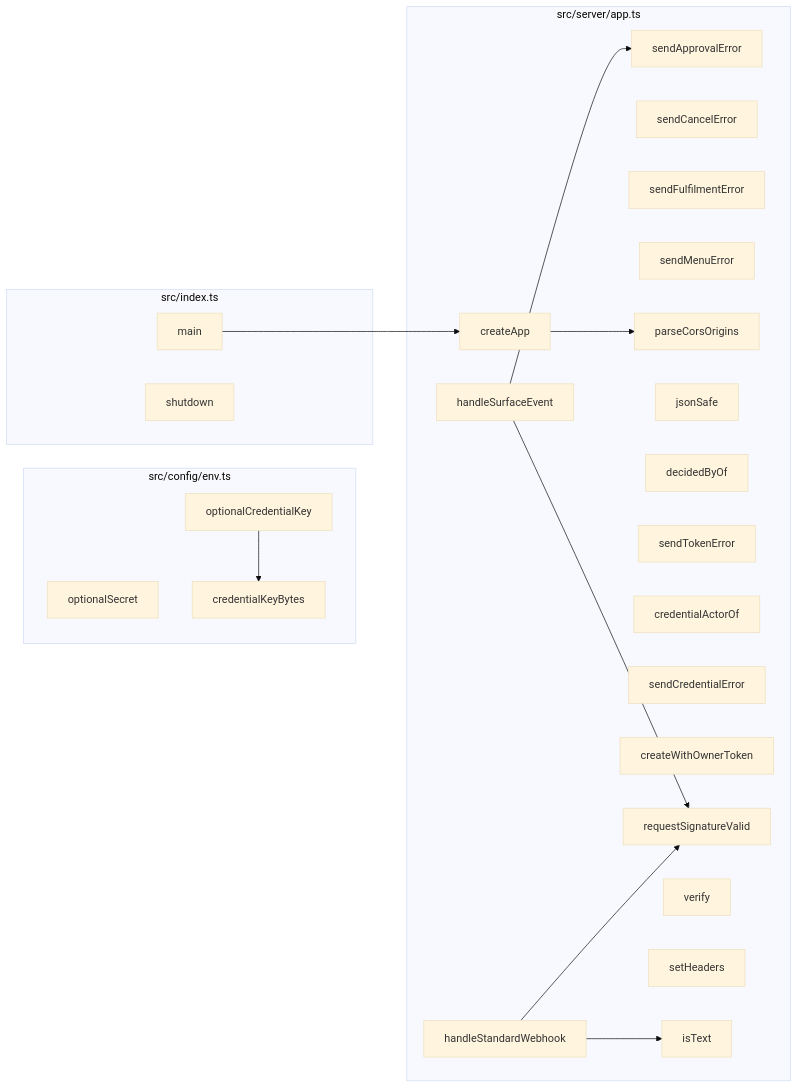
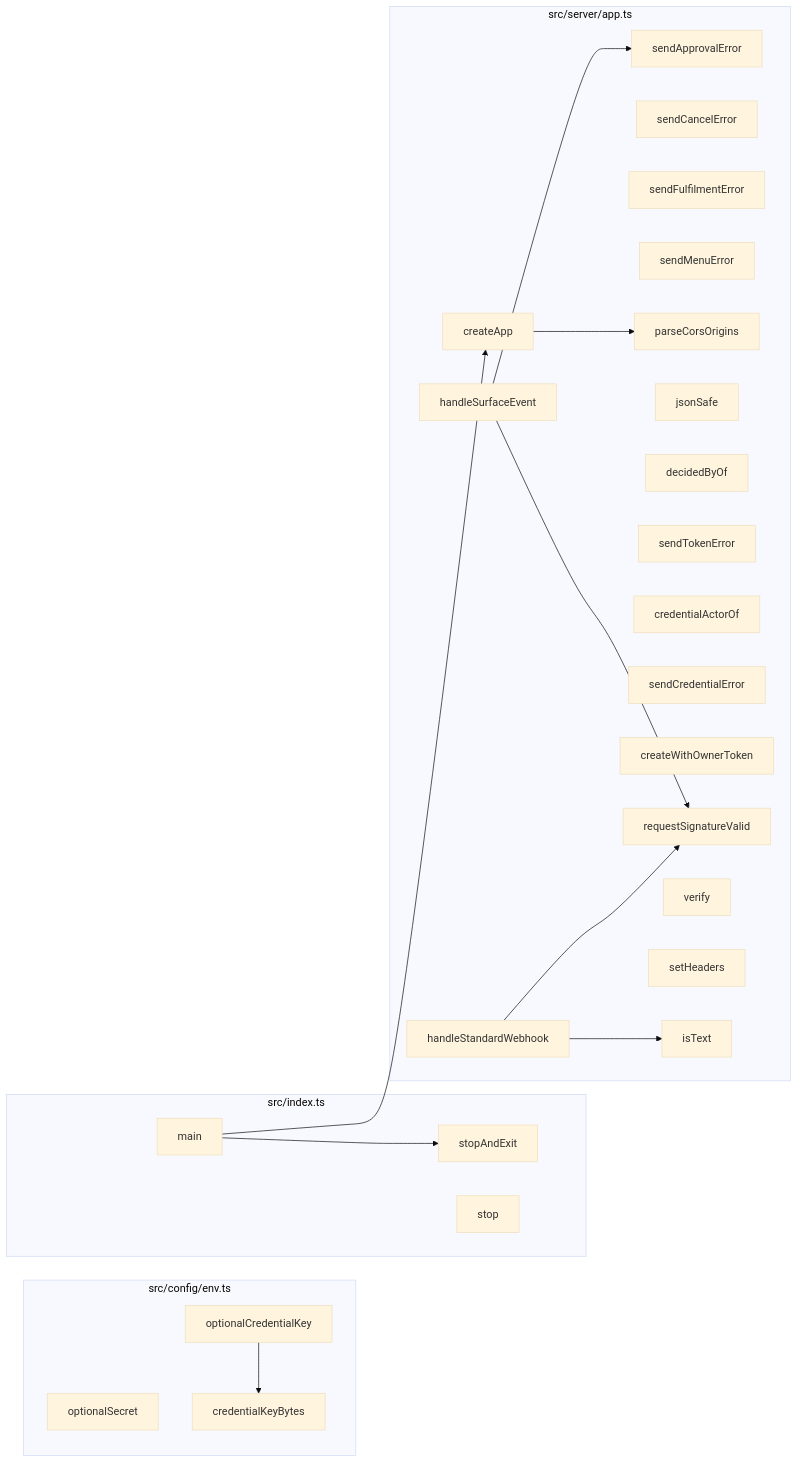
The fourth of 8 diagrams in docs/CODEBASE_MAP.md (Jaydearcadian/bind), drawn with Mermaid (base theme) before and after one commit. The commit also changed other lines of this file and 25 other files, not shown here.

````diff
--- a/docs/CODEBASE_MAP.md
+++ b/docs/CODEBASE_MAP.md
@@ -265,39 +268,41 @@
 ```mermaid
 flowchart LR
   subgraph F0["src/config/env.ts"]
     n111["optionalSecret"]
     n112["credentialKeyBytes"]
     n113["optionalCredentialKey"]
   end
   subgraph F1["src/index.ts"]
-    n171["main"]
-    n172["shutdown"]
+    n171["stopAndExit"]
+    n172["main"]
+    n173["stop"]
   end
   subgraph F2["src/server/app.ts"]
-    n193["sendApprovalError"]
-    n194["sendCancelError"]
-    n195["sendFulfilmentError"]
-    n196["sendMenuError"]
-    n197["parseCorsOrigins"]
-    n198["jsonSafe"]
-    n199["decidedByOf"]
-    n200["sendTokenError"]
-    n201["credentialActorOf"]
-    n202["sendCredentialError"]
-    n203["createWithOwnerToken"]
-    n204["requestSignatureValid"]
-    n205["createApp"]
-    n206["verify"]
-    n207["setHeaders"]
-    n270["handleSurfaceEvent"]
-    n271["handleStandardWebhook"]
-    n272["isText"]
+    n240["sendApprovalError"]
+    n241["sendCancelError"]
+    n242["sendFulfilmentError"]
+    n243["sendMenuError"]
+    n244["parseCorsOrigins"]
+    n245["jsonSafe"]
+    n246["decidedByOf"]
+    n247["sendTokenError"]
+    n248["credentialActorOf"]
+    n249["sendCredentialError"]
+    n250["createWithOwnerToken"]
+    n251["requestSignatureValid"]
+    n252["createApp"]
+    n253["verify"]
+    n254["setHeaders"]
+    n318["handleSurfaceEvent"]
+    n319["handleStandardWebhook"]
+    n320["isText"]
   end
   n113 --> n112
-  n171 --> n205
-  n205 --> n197
-  n270 --> n204
-  n270 --> n193
-  n271 --> n204
-  n271 --> n272
+  n172 --> n252
+  n172 --> n171
+  n252 --> n244
+  n318 --> n251
+  n318 --> n240
+  n319 --> n251
+  n319 --> n320
 ```
````
